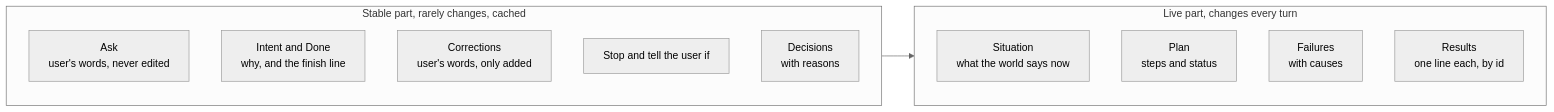
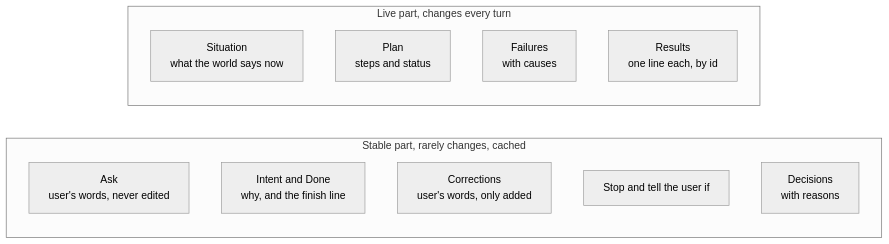
Before and after one commit to JaredTate/nerdgenie: the third of 9 diagrams in COEUS.md, drawn with Mermaid (neutral theme). The commit also changed 1 other file, not shown here.

Commit message:
COEUS.md: record diagram as two columns

````diff
--- a/COEUS.md
+++ b/COEUS.md
@@ -89,19 +89,18 @@
 ```mermaid
 flowchart LR
   subgraph Stable["Stable part, rarely changes, cached"]
     direction TB
     A["Ask<br/>user's words, never edited"]
     I["Intent and Done<br/>why, and the finish line"]
     C["Corrections<br/>user's words, only added"]
     X["Stop and tell the user if"]
     D["Decisions<br/>with reasons"]
   end
   subgraph Live["Live part, changes every turn"]
     direction TB
     S["Situation<br/>what the world says now"]
     P["Plan<br/>steps and status"]
     F["Failures<br/>with causes"]
     R["Results<br/>one line each, by id"]
   end
-  Stable --> Live
 ```
````
